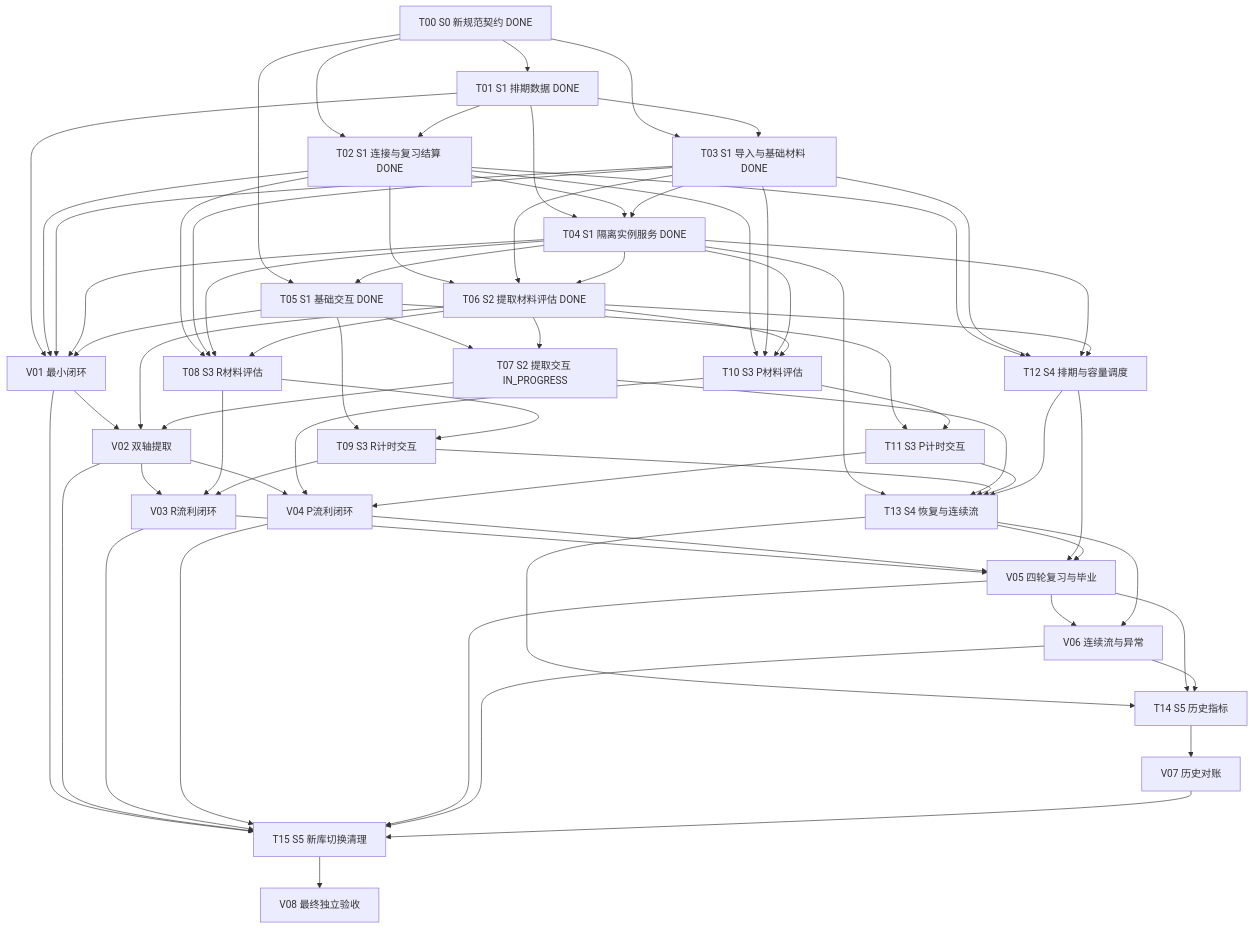
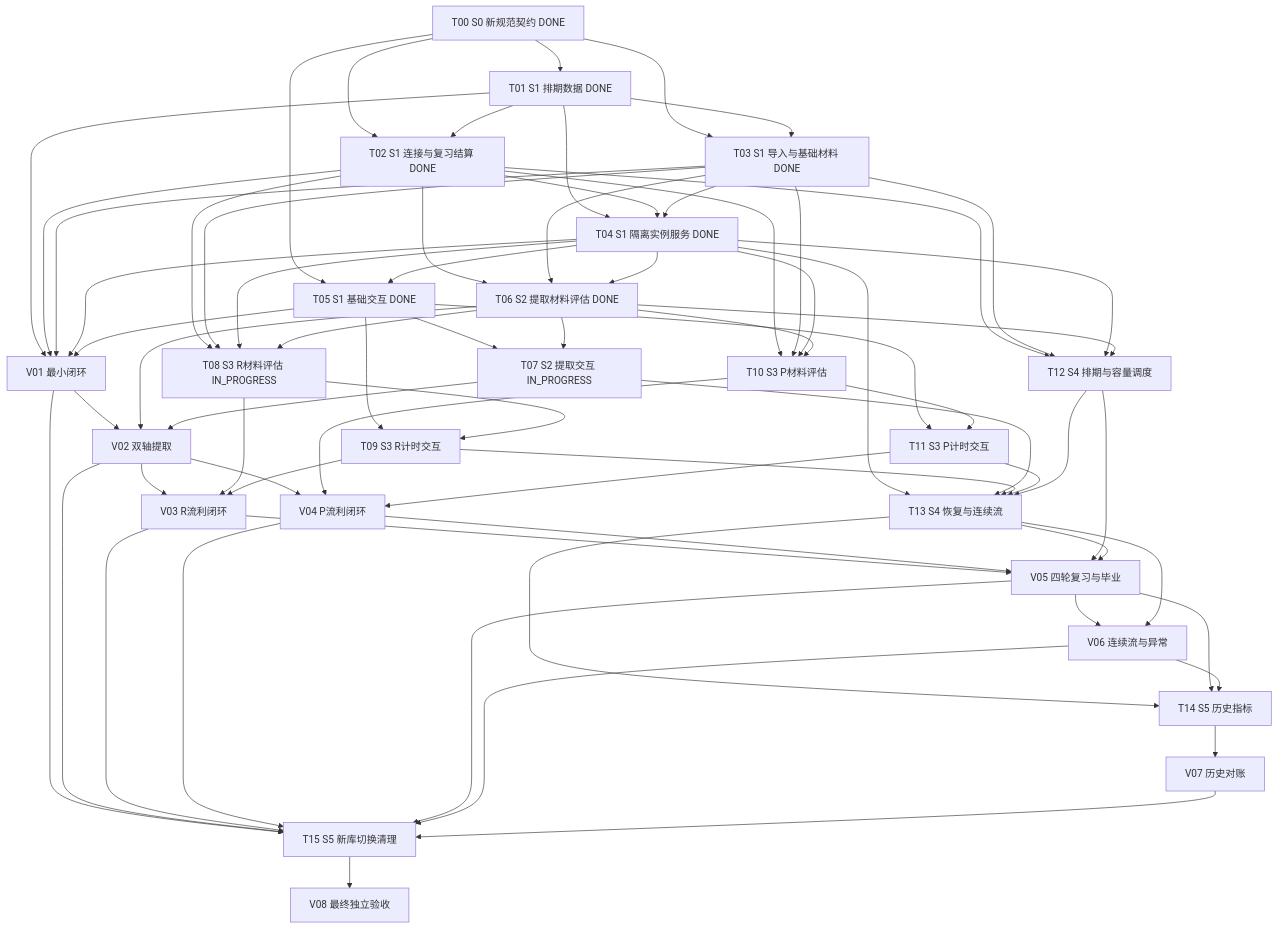
The diagram in docs/task-implementation-new-algorithm.md (logact/flow), drawn with Mermaid before and after one commit. The commit also changed other lines of this file and 1 other file, not shown here.

```diff
--- a/docs/task-implementation-new-algorithm.md
+++ b/docs/task-implementation-new-algorithm.md
@@ -342,7 +343,7 @@
   T06["T06 S2 提取材料评估 DONE"]
   T07["T07 S2 提取交互 IN_PROGRESS"]
   V02["V02 双轴提取"]
-  T08["T08 S3 R材料评估"]
+  T08["T08 S3 R材料评估 IN_PROGRESS"]
   T09["T09 S3 R计时交互"]
   T10["T10 S3 P材料评估"]
   T11["T11 S3 P计时交互"]
```
